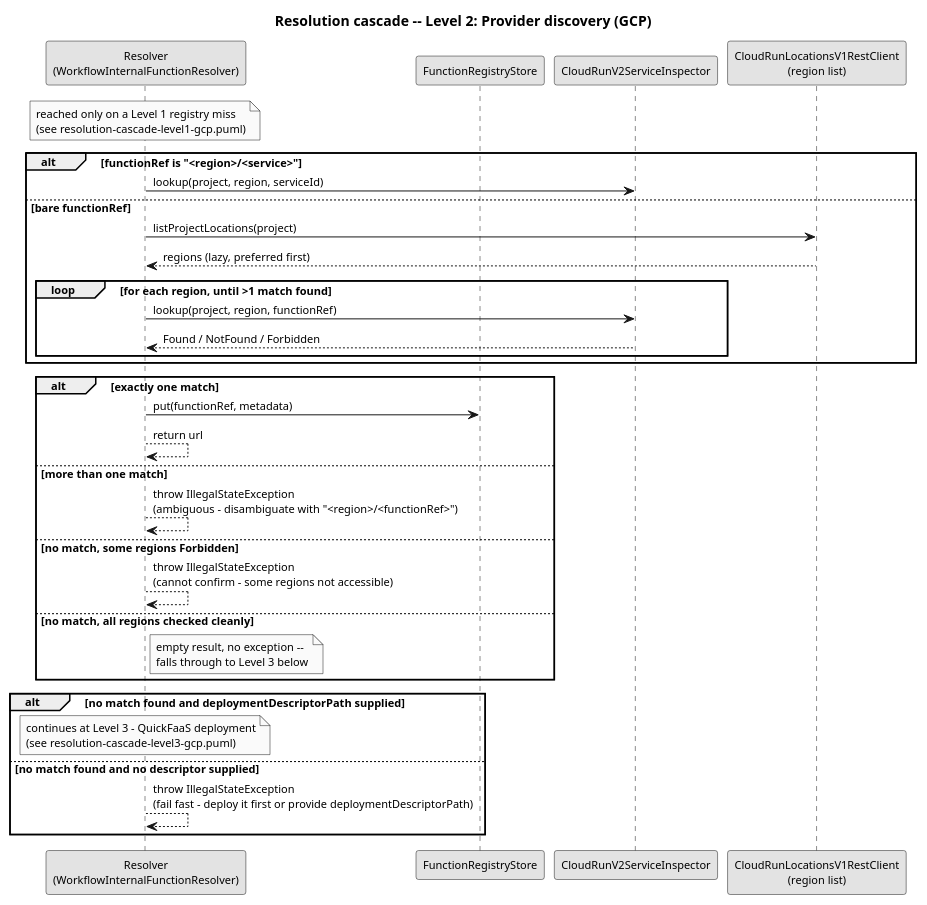
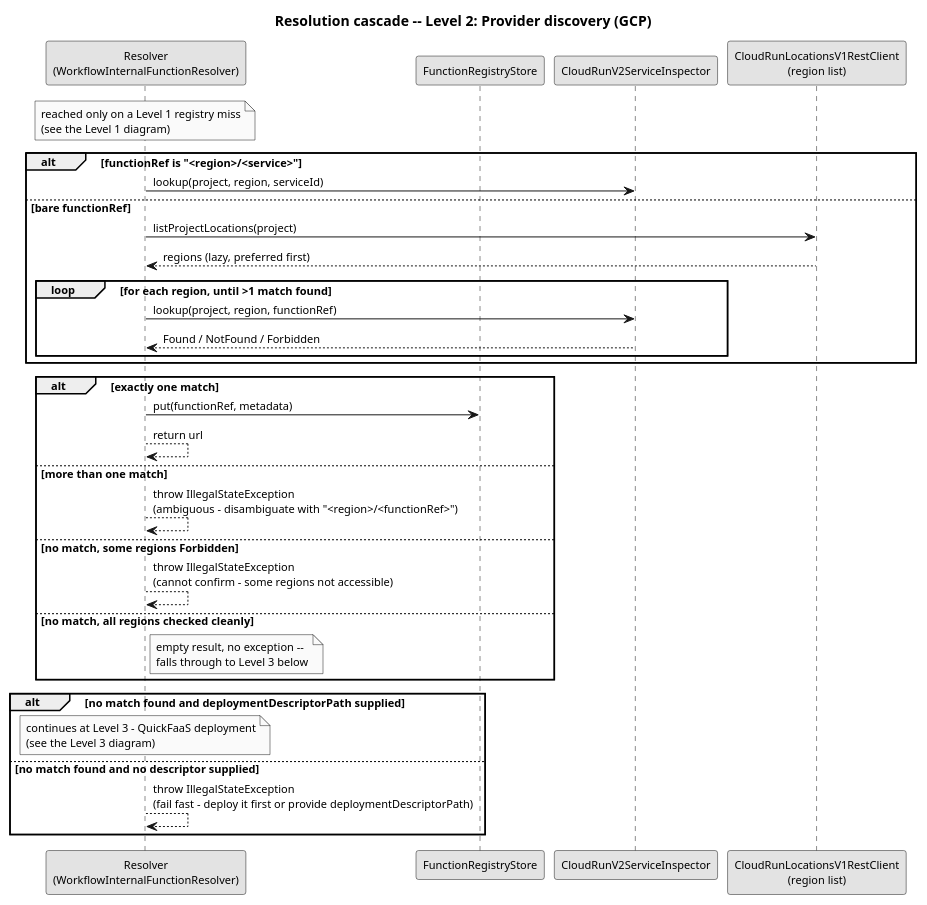
The diagram in diagrams/resolution-cascade-level2-gcp.puml (EngenheiroPedroCarvalho/ISEL-Thesis-2526), drawn with PlantUML before and after one commit. The commit also changed 28 other files, not shown here.

First line of the commit message:
Align the thesis diagrams with the code and the text

```diff
--- a/diagrams/resolution-cascade-level2-gcp.puml
+++ b/diagrams/resolution-cascade-level2-gcp.puml
@@ -1,50 +1,50 @@
 @startuml resolution-cascade-level2-gcp
 skinparam monochrome true
 skinparam shadowing false
 skinparam defaultFontSize 11
 title Resolution cascade -- Level 2: Provider discovery (GCP)
 
 participant "Resolver\n(WorkflowInternalFunctionResolver)" as R
 participant "FunctionRegistryStore" as REG
 participant "CloudRunV2ServiceInspector" as GI
 participant "CloudRunLocationsV1RestClient\n(region list)" as GL
 
 note over R
   reached only on a Level 1 registry miss
-  (see resolution-cascade-level1-gcp.puml)
+  (see the Level 1 diagram)
 end note
 
 alt functionRef is "<region>/<service>"
   R -> GI : lookup(project, region, serviceId)
 else bare functionRef
   R -> GL : listProjectLocations(project)
   GL --> R : regions (lazy, preferred first)
   loop for each region, until >1 match found
     R -> GI : lookup(project, region, functionRef)
     GI --> R : Found / NotFound / Forbidden
   end
 end
 
 alt exactly one match
   R -> REG : put(functionRef, metadata)
   R --> R : return url
 else more than one match
   R --> R : throw IllegalStateException\n(ambiguous - disambiguate with "<region>/<functionRef>")
 else no match, some regions Forbidden
   R --> R : throw IllegalStateException\n(cannot confirm - some regions not accessible)
 else no match, all regions checked cleanly
   note right of R
     empty result, no exception --
     falls through to Level 3 below
   end note
 end
 
 alt no match found and deploymentDescriptorPath supplied
   note over R
     continues at Level 3 - QuickFaaS deployment
-    (see resolution-cascade-level3-gcp.puml)
+    (see the Level 3 diagram)
   end note
 else no match found and no descriptor supplied
   R --> R : throw IllegalStateException\n(fail fast - deploy it first or provide deploymentDescriptorPath)
 end
 @enduml
```
